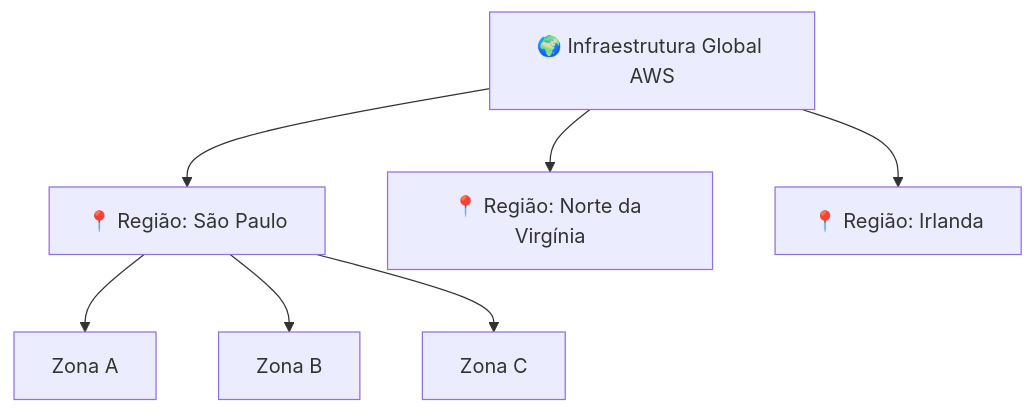
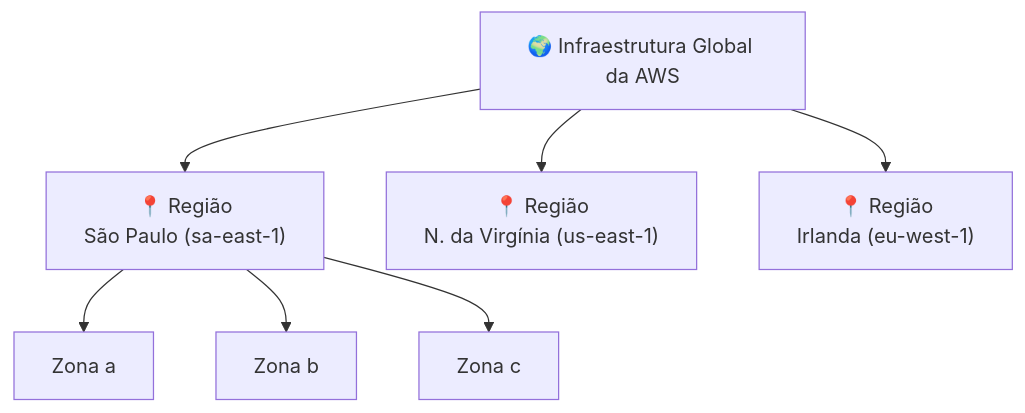
The first of 2 diagrams in certificacao-cloud/dominio-1-conceitos-de-nuvem/01-infraestrutura-global-da-aws.md (melissaalves-stack/awscloudfoundations), drawn with Mermaid before and after one commit. The commit also changed other lines of this file and 23 other files, not shown here.

````diff
--- a/certificacao-cloud/dominio-1-conceitos-de-nuvem/01-infraestrutura-global-da-aws.md
+++ b/certificacao-cloud/dominio-1-conceitos-de-nuvem/01-infraestrutura-global-da-aws.md
@@ -38,9 +55,9 @@
 ```mermaid
 flowchart TD
-    W["🌍 Infraestrutura Global AWS"] --> R1["📍 Região: São Paulo"]
-    W --> R2["📍 Região: Norte da Virgínia"]
-    W --> R3["📍 Região: Irlanda"]
-    R1 --> AZ1["Zona A"]
-    R1 --> AZ2["Zona B"]
-    R1 --> AZ3["Zona C"]
+    W["🌍 Infraestrutura Global da AWS"] --> R1["📍 Região<br/>São Paulo (sa-east-1)"]
+    W --> R2["📍 Região<br/>N. da Virgínia (us-east-1)"]
+    W --> R3["📍 Região<br/>Irlanda (eu-west-1)"]
+    R1 --> AZ1["Zona a"]
+    R1 --> AZ2["Zona b"]
+    R1 --> AZ3["Zona c"]
 ```
````
